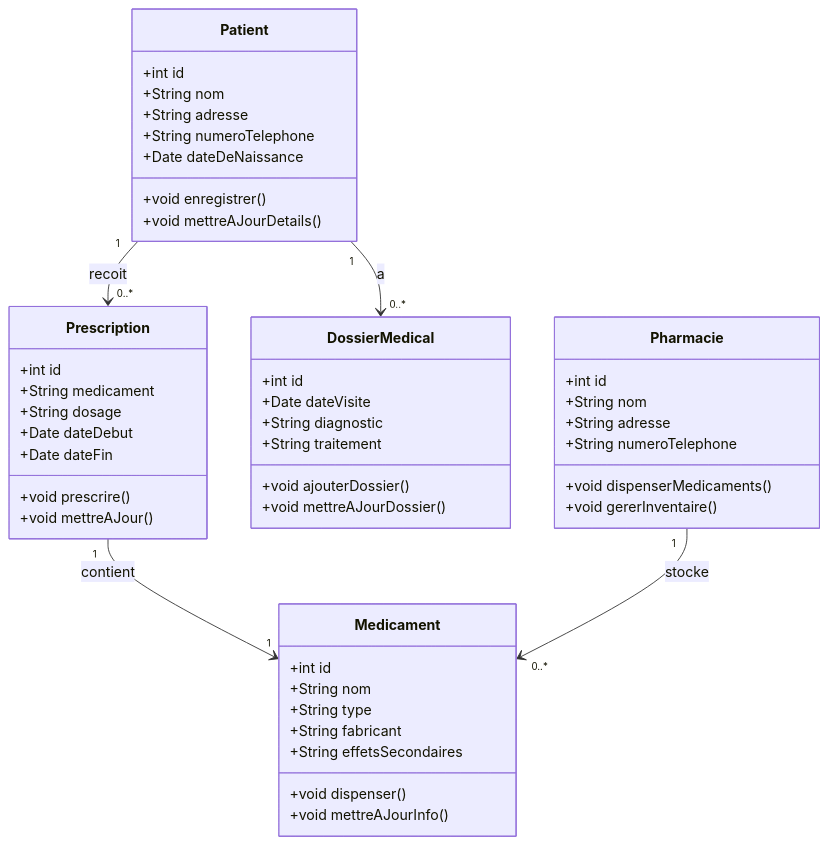
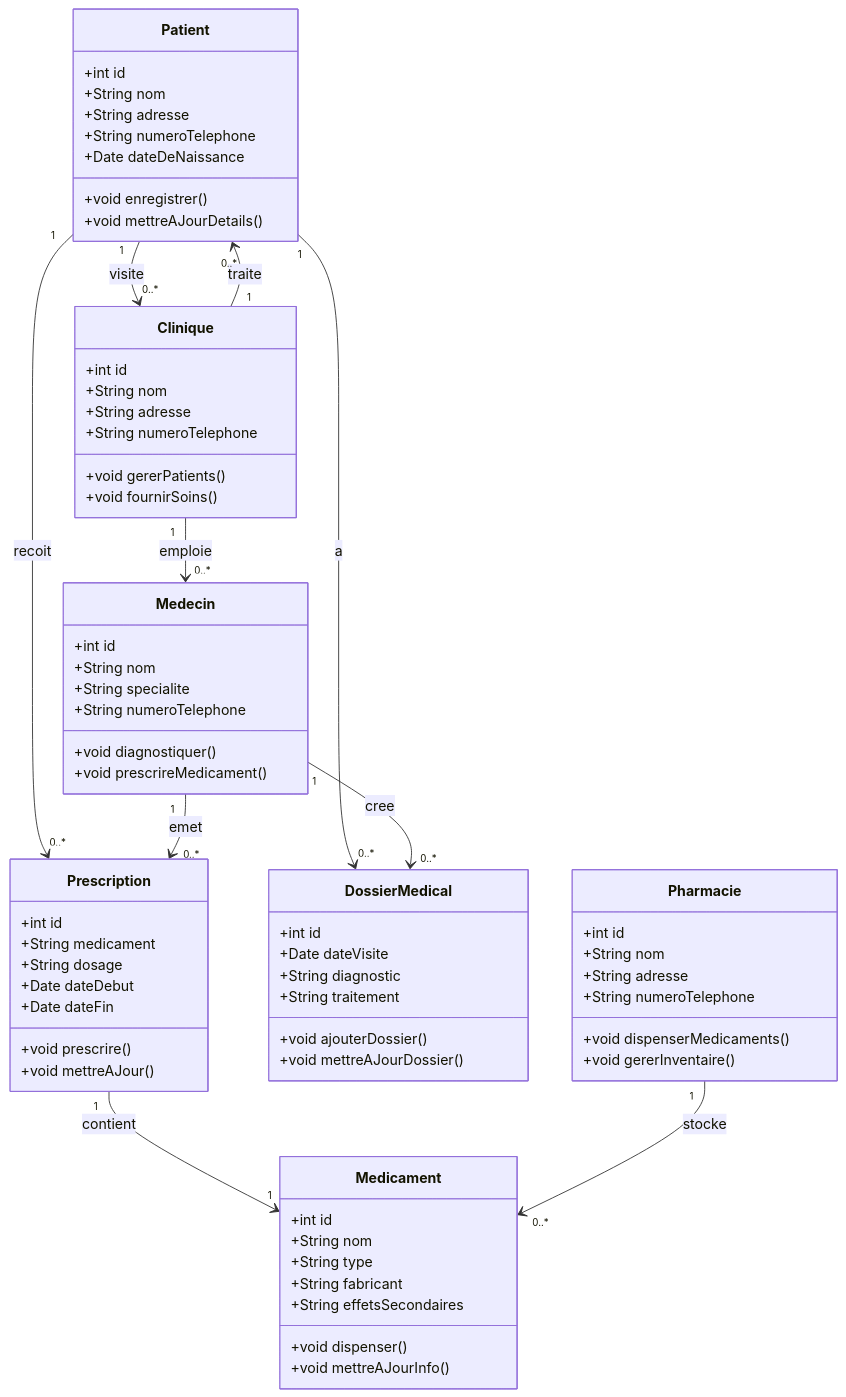
Before and after one commit to nisrinebenkirane1/Sante: the diagram in class.md, drawn with Mermaid. The commit also changed other lines of this file, not shown here.

````diff
--- a/class.md
+++ b/class.md
@@ -1,55 +1,78 @@
 ```mermaid
 classDiagram
     class Patient {
         +int id
         +String nom
         +String adresse
         +String numeroTelephone
         +Date dateDeNaissance
         +void enregistrer()
         +void mettreAJourDetails()
     }
 
     class Prescription {
         +int id
         +String medicament
         +String dosage
         +Date dateDebut
         +Date dateFin
         +void prescrire()
         +void mettreAJour()
     }
 
     class DossierMedical {
         +int id
         +Date dateVisite
         +String diagnostic
         +String traitement
         +void ajouterDossier()
         +void mettreAJourDossier()
     }
 
     class Medicament {
         +int id
         +String nom
         +String type
         +String fabricant
         +String effetsSecondaires
         +void dispenser()
         +void mettreAJourInfo()
     }
 
     class Pharmacie {
         +int id
         +String nom
         +String adresse
         +String numeroTelephone
         +void dispenserMedicaments()
         +void gererInventaire()
     }
 
+    class Medecin {
+        +int id
+        +String nom
+        +String specialite
+        +String numeroTelephone
+        +void diagnostiquer()
+        +void prescrireMedicament()
+    }
+
+    class Clinique {
+        +int id
+        +String nom
+        +String adresse
+        +String numeroTelephone
+        +void gererPatients()
+        +void fournirSoins()
+    }
+
     Patient "1" --> "0..*" Prescription : recoit
     Patient "1" --> "0..*" DossierMedical : a
     Prescription "1" --> "1" Medicament : contient
     Pharmacie "1" --> "0..*" Medicament : stocke
+    Medecin "1" --> "0..*" Prescription : emet
+    Medecin "1" --> "0..*" DossierMedical : cree
+    Clinique "1" --> "0..*" Medecin : emploie
+    Clinique "1" --> "0..*" Patient : traite
+    Patient "1" --> "0..*" Clinique : visite
 ```
````
